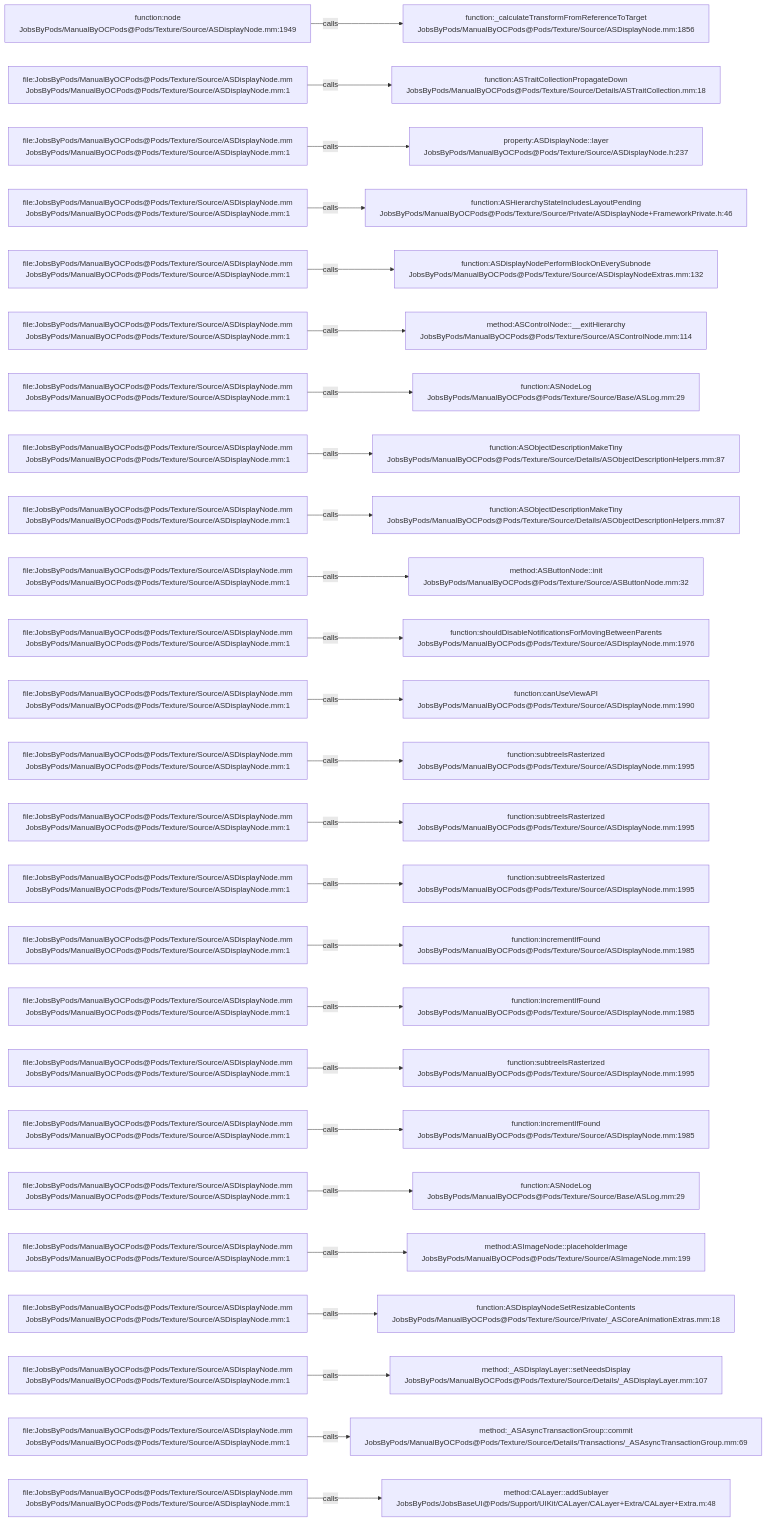
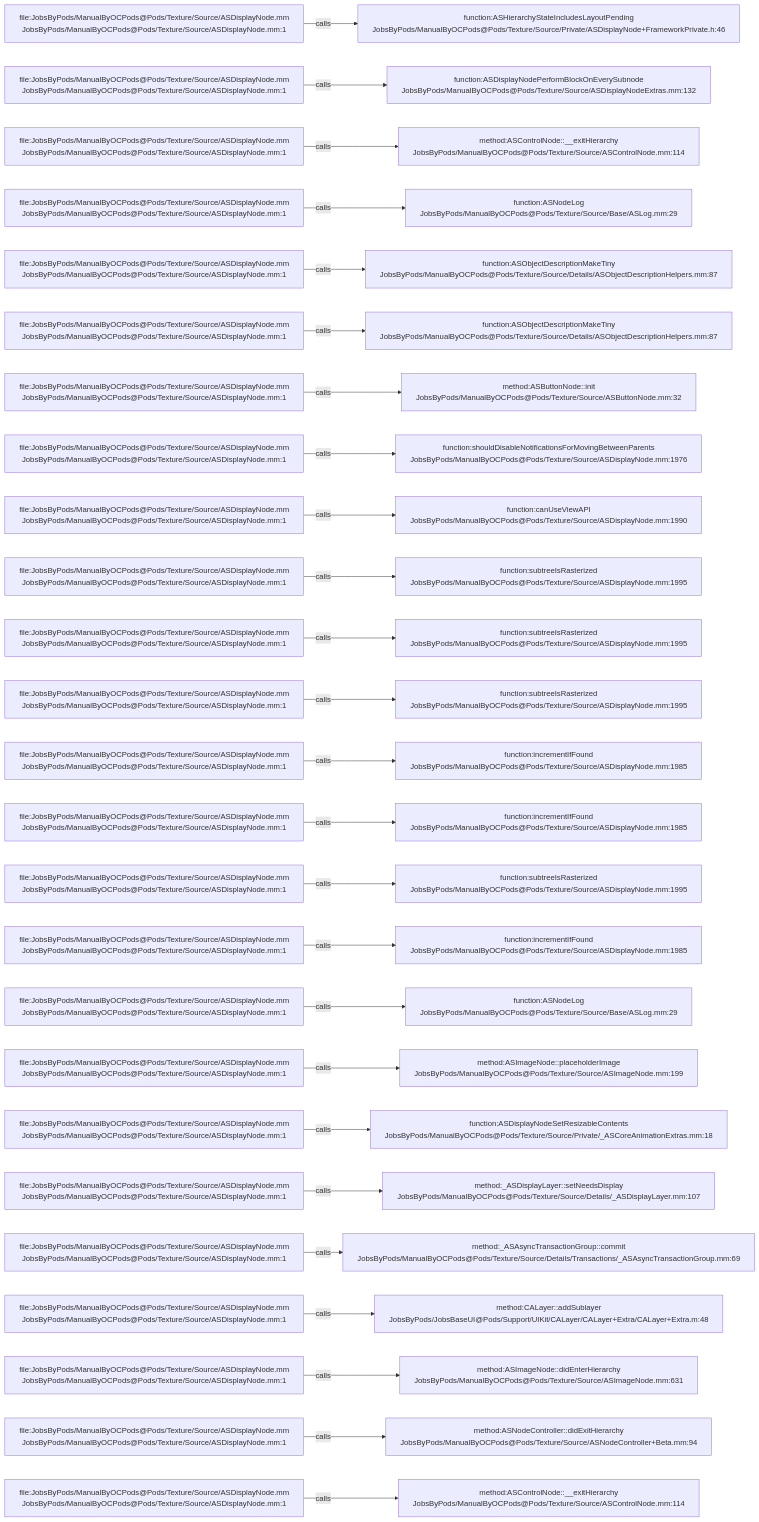
The diagram in .codegraph/codegraph.md/graphs/calls-103.md (JobsKits/JobsOCBaseConfigDemo), drawn with Mermaid before and after one commit. The commit also changed 342 other files, not shown here.

````diff
--- a/.codegraph/codegraph.md/graphs/calls-103.md
+++ b/.codegraph/codegraph.md/graphs/calls-103.md
@@ -13,78 +13,78 @@
 ```mermaid
 flowchart LR
-  S1["function:node<br/>JobsByPods/ManualByOCPods@Pods/Texture/Source/ASDisplayNode.mm:1949"]
-  T1["function:_calculateTransformFromReferenceToTarget<br/>JobsByPods/ManualByOCPods@Pods/Texture/Source/ASDisplayNode.mm:1856"]
+  S1["file:JobsByPods/ManualByOCPods@Pods/Texture/Source/ASDisplayNode.mm<br/>JobsByPods/ManualByOCPods@Pods/Texture/Source/ASDisplayNode.mm:1"]
+  T1["function:ASHierarchyStateIncludesLayoutPending<br/>JobsByPods/ManualByOCPods@Pods/Texture/Source/Private/ASDisplayNode+FrameworkPrivate.h:46"]
   S1 -->|calls| T1
   S2["file:JobsByPods/ManualByOCPods@Pods/Texture/Source/ASDisplayNode.mm<br/>JobsByPods/ManualByOCPods@Pods/Texture/Source/ASDisplayNode.mm:1"]
-  T2["function:ASTraitCollectionPropagateDown<br/>JobsByPods/ManualByOCPods@Pods/Texture/Source/Details/ASTraitCollection.mm:18"]
+  T2["function:ASDisplayNodePerformBlockOnEverySubnode<br/>JobsByPods/ManualByOCPods@Pods/Texture/Source/ASDisplayNodeExtras.mm:132"]
   S2 -->|calls| T2
   S3["file:JobsByPods/ManualByOCPods@Pods/Texture/Source/ASDisplayNode.mm<br/>JobsByPods/ManualByOCPods@Pods/Texture/Source/ASDisplayNode.mm:1"]
-  T3["property:ASDisplayNode::layer<br/>JobsByPods/ManualByOCPods@Pods/Texture/Source/ASDisplayNode.h:237"]
+  T3["method:ASControlNode::__exitHierarchy<br/>JobsByPods/ManualByOCPods@Pods/Texture/Source/ASControlNode.mm:114"]
   S3 -->|calls| T3
   S4["file:JobsByPods/ManualByOCPods@Pods/Texture/Source/ASDisplayNode.mm<br/>JobsByPods/ManualByOCPods@Pods/Texture/Source/ASDisplayNode.mm:1"]
-  T4["function:ASHierarchyStateIncludesLayoutPending<br/>JobsByPods/ManualByOCPods@Pods/Texture/Source/Private/ASDisplayNode+FrameworkPrivate.h:46"]
+  T4["function:ASNodeLog<br/>JobsByPods/ManualByOCPods@Pods/Texture/Source/Base/ASLog.mm:29"]
   S4 -->|calls| T4
   S5["file:JobsByPods/ManualByOCPods@Pods/Texture/Source/ASDisplayNode.mm<br/>JobsByPods/ManualByOCPods@Pods/Texture/Source/ASDisplayNode.mm:1"]
-  T5["function:ASDisplayNodePerformBlockOnEverySubnode<br/>JobsByPods/ManualByOCPods@Pods/Texture/Source/ASDisplayNodeExtras.mm:132"]
+  T5["function:ASObjectDescriptionMakeTiny<br/>JobsByPods/ManualByOCPods@Pods/Texture/Source/Details/ASObjectDescriptionHelpers.mm:87"]
   S5 -->|calls| T5
   S6["file:JobsByPods/ManualByOCPods@Pods/Texture/Source/ASDisplayNode.mm<br/>JobsByPods/ManualByOCPods@Pods/Texture/Source/ASDisplayNode.mm:1"]
-  T6["method:ASControlNode::__exitHierarchy<br/>JobsByPods/ManualByOCPods@Pods/Texture/Source/ASControlNode.mm:114"]
+  T6["function:ASObjectDescriptionMakeTiny<br/>JobsByPods/ManualByOCPods@Pods/Texture/Source/Details/ASObjectDescriptionHelpers.mm:87"]
   S6 -->|calls| T6
   S7["file:JobsByPods/ManualByOCPods@Pods/Texture/Source/ASDisplayNode.mm<br/>JobsByPods/ManualByOCPods@Pods/Texture/Source/ASDisplayNode.mm:1"]
-  T7["function:ASNodeLog<br/>JobsByPods/ManualByOCPods@Pods/Texture/Source/Base/ASLog.mm:29"]
+  T7["method:ASButtonNode::init<br/>JobsByPods/ManualByOCPods@Pods/Texture/Source/ASButtonNode.mm:32"]
   S7 -->|calls| T7
   S8["file:JobsByPods/ManualByOCPods@Pods/Texture/Source/ASDisplayNode.mm<br/>JobsByPods/ManualByOCPods@Pods/Texture/Source/ASDisplayNode.mm:1"]
-  T8["function:ASObjectDescriptionMakeTiny<br/>JobsByPods/ManualByOCPods@Pods/Texture/Source/Details/ASObjectDescriptionHelpers.mm:87"]
+  T8["function:shouldDisableNotificationsForMovingBetweenParents<br/>JobsByPods/ManualByOCPods@Pods/Texture/Source/ASDisplayNode.mm:1976"]
   S8 -->|calls| T8
   S9["file:JobsByPods/ManualByOCPods@Pods/Texture/Source/ASDisplayNode.mm<br/>JobsByPods/ManualByOCPods@Pods/Texture/Source/ASDisplayNode.mm:1"]
-  T9["function:ASObjectDescriptionMakeTiny<br/>JobsByPods/ManualByOCPods@Pods/Texture/Source/Details/ASObjectDescriptionHelpers.mm:87"]
+  T9["function:canUseViewAPI<br/>JobsByPods/ManualByOCPods@Pods/Texture/Source/ASDisplayNode.mm:1990"]
   S9 -->|calls| T9
   S10["file:JobsByPods/ManualByOCPods@Pods/Texture/Source/ASDisplayNode.mm<br/>JobsByPods/ManualByOCPods@Pods/Texture/Source/ASDisplayNode.mm:1"]
-  T10["method:ASButtonNode::init<br/>JobsByPods/ManualByOCPods@Pods/Texture/Source/ASButtonNode.mm:32"]
+  T10["function:subtreeIsRasterized<br/>JobsByPods/ManualByOCPods@Pods/Texture/Source/ASDisplayNode.mm:1995"]
   S10 -->|calls| T10
   S11["file:JobsByPods/ManualByOCPods@Pods/Texture/Source/ASDisplayNode.mm<br/>JobsByPods/ManualByOCPods@Pods/Texture/Source/ASDisplayNode.mm:1"]
-  T11["function:shouldDisableNotificationsForMovingBetweenParents<br/>JobsByPods/ManualByOCPods@Pods/Texture/Source/ASDisplayNode.mm:1976"]
+  T11["function:subtreeIsRasterized<br/>JobsByPods/ManualByOCPods@Pods/Texture/Source/ASDisplayNode.mm:1995"]
   S11 -->|calls| T11
   S12["file:JobsByPods/ManualByOCPods@Pods/Texture/Source/ASDisplayNode.mm<br/>JobsByPods/ManualByOCPods@Pods/Texture/Source/ASDisplayNode.mm:1"]
-  T12["function:canUseViewAPI<br/>JobsByPods/ManualByOCPods@Pods/Texture/Source/ASDisplayNode.mm:1990"]
+  T12["function:subtreeIsRasterized<br/>JobsByPods/ManualByOCPods@Pods/Texture/Source/ASDisplayNode.mm:1995"]
   S12 -->|calls| T12
   S13["file:JobsByPods/ManualByOCPods@Pods/Texture/Source/ASDisplayNode.mm<br/>JobsByPods/ManualByOCPods@Pods/Texture/Source/ASDisplayNode.mm:1"]
-  T13["function:subtreeIsRasterized<br/>JobsByPods/ManualByOCPods@Pods/Texture/Source/ASDisplayNode.mm:1995"]
+  T13["function:incrementIfFound<br/>JobsByPods/ManualByOCPods@Pods/Texture/Source/ASDisplayNode.mm:1985"]
   S13 -->|calls| T13
   S14["file:JobsByPods/ManualByOCPods@Pods/Texture/Source/ASDisplayNode.mm<br/>JobsByPods/ManualByOCPods@Pods/Texture/Source/ASDisplayNode.mm:1"]
-  T14["function:subtreeIsRasterized<br/>JobsByPods/ManualByOCPods@Pods/Texture/Source/ASDisplayNode.mm:1995"]
+  T14["function:incrementIfFound<br/>JobsByPods/ManualByOCPods@Pods/Texture/Source/ASDisplayNode.mm:1985"]
   S14 -->|calls| T14
   S15["file:JobsByPods/ManualByOCPods@Pods/Texture/Source/ASDisplayNode.mm<br/>JobsByPods/ManualByOCPods@Pods/Texture/Source/ASDisplayNode.mm:1"]
   T15["function:subtreeIsRasterized<br/>JobsByPods/ManualByOCPods@Pods/Texture/Source/ASDisplayNode.mm:1995"]
   S15 -->|calls| T15
   S16["file:JobsByPods/ManualByOCPods@Pods/Texture/Source/ASDisplayNode.mm<br/>JobsByPods/ManualByOCPods@Pods/Texture/Source/ASDisplayNode.mm:1"]
   T16["function:incrementIfFound<br/>JobsByPods/ManualByOCPods@Pods/Texture/Source/ASDisplayNode.mm:1985"]
   S16 -->|calls| T16
   S17["file:JobsByPods/ManualByOCPods@Pods/Texture/Source/ASDisplayNode.mm<br/>JobsByPods/ManualByOCPods@Pods/Texture/Source/ASDisplayNode.mm:1"]
-  T17["function:incrementIfFound<br/>JobsByPods/ManualByOCPods@Pods/Texture/Source/ASDisplayNode.mm:1985"]
+  T17["function:ASNodeLog<br/>JobsByPods/ManualByOCPods@Pods/Texture/Source/Base/ASLog.mm:29"]
   S17 -->|calls| T17
   S18["file:JobsByPods/ManualByOCPods@Pods/Texture/Source/ASDisplayNode.mm<br/>JobsByPods/ManualByOCPods@Pods/Texture/Source/ASDisplayNode.mm:1"]
-  T18["function:subtreeIsRasterized<br/>JobsByPods/ManualByOCPods@Pods/Texture/Source/ASDisplayNode.mm:1995"]
+  T18["method:ASImageNode::placeholderImage<br/>JobsByPods/ManualByOCPods@Pods/Texture/Source/ASImageNode.mm:199"]
   S18 -->|calls| T18
   S19["file:JobsByPods/ManualByOCPods@Pods/Texture/Source/ASDisplayNode.mm<br/>JobsByPods/ManualByOCPods@Pods/Texture/Source/ASDisplayNode.mm:1"]
-  T19["function:incrementIfFound<br/>JobsByPods/ManualByOCPods@Pods/Texture/Source/ASDisplayNode.mm:1985"]
+  T19["function:ASDisplayNodeSetResizableContents<br/>JobsByPods/ManualByOCPods@Pods/Texture/Source/Private/_ASCoreAnimationExtras.mm:18"]
   S19 -->|calls| T19
   S20["file:JobsByPods/ManualByOCPods@Pods/Texture/Source/ASDisplayNode.mm<br/>JobsByPods/ManualByOCPods@Pods/Texture/Source/ASDisplayNode.mm:1"]
-  T20["function:ASNodeLog<br/>JobsByPods/ManualByOCPods@Pods/Texture/Source/Base/ASLog.mm:29"]
+  T20["method:_ASDisplayLayer::setNeedsDisplay<br/>JobsByPods/ManualByOCPods@Pods/Texture/Source/Details/_ASDisplayLayer.mm:107"]
   S20 -->|calls| T20
   S21["file:JobsByPods/ManualByOCPods@Pods/Texture/Source/ASDisplayNode.mm<br/>JobsByPods/ManualByOCPods@Pods/Texture/Source/ASDisplayNode.mm:1"]
-  T21["method:ASImageNode::placeholderImage<br/>JobsByPods/ManualByOCPods@Pods/Texture/Source/ASImageNode.mm:199"]
+  T21["method:_ASAsyncTransactionGroup::commit<br/>JobsByPods/ManualByOCPods@Pods/Texture/Source/Details/Transactions/_ASAsyncTransactionGroup.mm:69"]
   S21 -->|calls| T21
   S22["file:JobsByPods/ManualByOCPods@Pods/Texture/Source/ASDisplayNode.mm<br/>JobsByPods/ManualByOCPods@Pods/Texture/Source/ASDisplayNode.mm:1"]
-  T22["function:ASDisplayNodeSetResizableContents<br/>JobsByPods/ManualByOCPods@Pods/Texture/Source/Private/_ASCoreAnimationExtras.mm:18"]
+  T22["method:CALayer::addSublayer<br/>JobsByPods/JobsBaseUI@Pods/Support/UIKit/CALayer/CALayer+Extra/CALayer+Extra.m:48"]
   S22 -->|calls| T22
   S23["file:JobsByPods/ManualByOCPods@Pods/Texture/Source/ASDisplayNode.mm<br/>JobsByPods/ManualByOCPods@Pods/Texture/Source/ASDisplayNode.mm:1"]
-  T23["method:_ASDisplayLayer::setNeedsDisplay<br/>JobsByPods/ManualByOCPods@Pods/Texture/Source/Details/_ASDisplayLayer.mm:107"]
+  T23["method:ASImageNode::didEnterHierarchy<br/>JobsByPods/ManualByOCPods@Pods/Texture/Source/ASImageNode.mm:631"]
   S23 -->|calls| T23
   S24["file:JobsByPods/ManualByOCPods@Pods/Texture/Source/ASDisplayNode.mm<br/>JobsByPods/ManualByOCPods@Pods/Texture/Source/ASDisplayNode.mm:1"]
-  T24["method:_ASAsyncTransactionGroup::commit<br/>JobsByPods/ManualByOCPods@Pods/Texture/Source/Details/Transactions/_ASAsyncTransactionGroup.mm:69"]
+  T24["method:ASNodeController::didExitHierarchy<br/>JobsByPods/ManualByOCPods@Pods/Texture/Source/ASNodeController+Beta.mm:94"]
   S24 -->|calls| T24
   S25["file:JobsByPods/ManualByOCPods@Pods/Texture/Source/ASDisplayNode.mm<br/>JobsByPods/ManualByOCPods@Pods/Texture/Source/ASDisplayNode.mm:1"]
-  T25["method:CALayer::addSublayer<br/>JobsByPods/JobsBaseUI@Pods/Support/UIKit/CALayer/CALayer+Extra/CALayer+Extra.m:48"]
+  T25["method:ASControlNode::__exitHierarchy<br/>JobsByPods/ManualByOCPods@Pods/Texture/Source/ASControlNode.mm:114"]
   S25 -->|calls| T25
 ```
````
